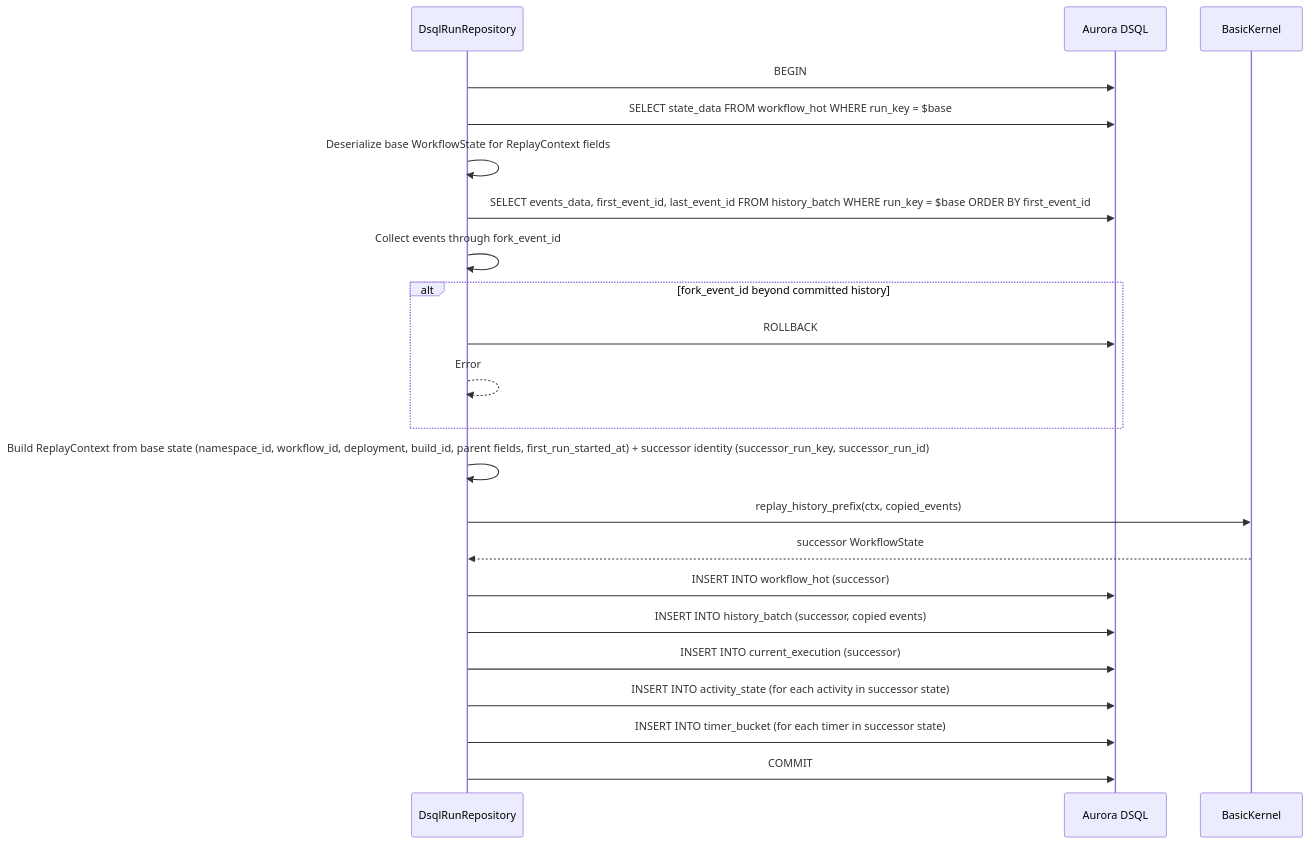
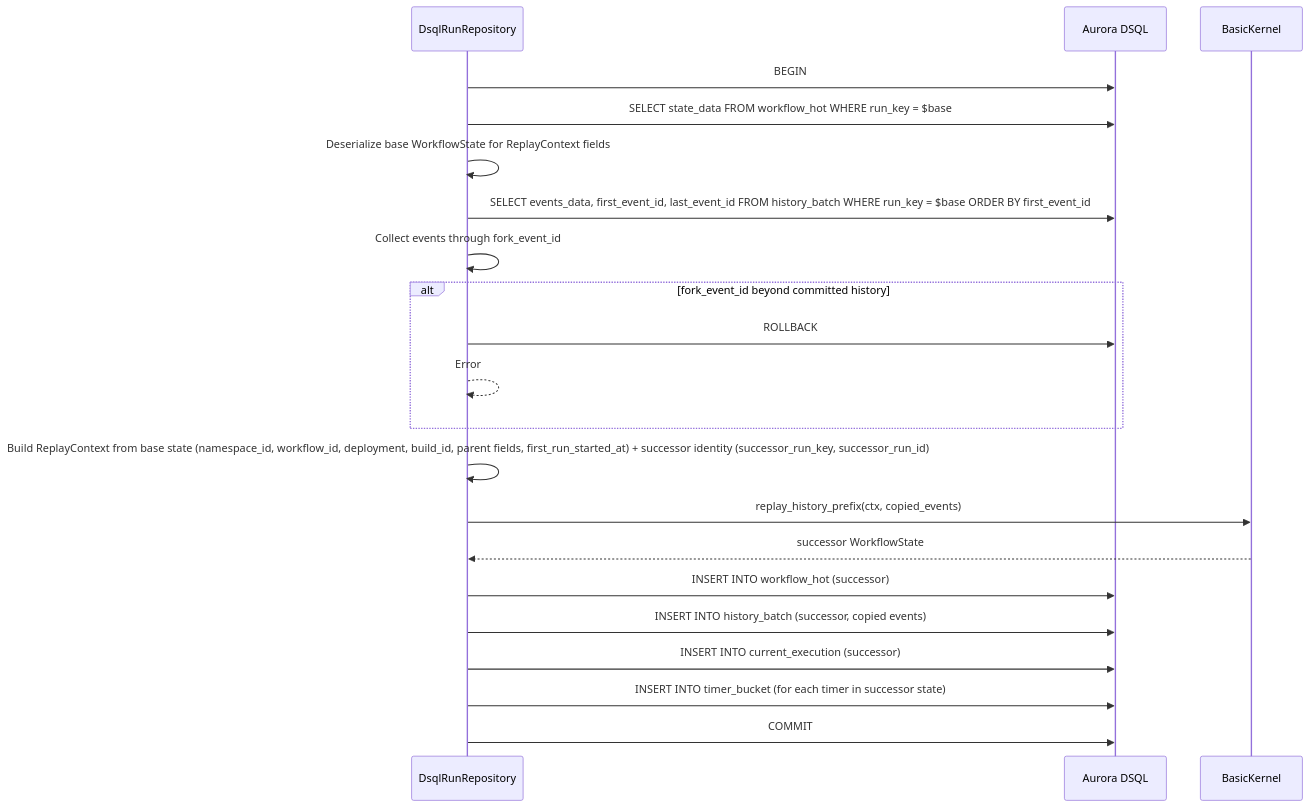
Before and after one commit to tokeira/tokeira: the third of 3 diagrams in .kiro/specs/dsql-core-persistence/design.md, drawn with Mermaid. The commit also changed other lines of this file and 16 other files, not shown here.

````diff
--- a/.kiro/specs/dsql-core-persistence/design.md
+++ b/.kiro/specs/dsql-core-persistence/design.md
@@ -437,28 +426,27 @@
 ```mermaid
 sequenceDiagram
     participant REPO as DsqlRunRepository
     participant DB as Aurora DSQL
     participant KERNEL as BasicKernel
 
     REPO->>DB: BEGIN
     REPO->>DB: SELECT state_data FROM workflow_hot WHERE run_key = $base
     REPO->>REPO: Deserialize base WorkflowState for ReplayContext fields
     REPO->>DB: SELECT events_data, first_event_id, last_event_id FROM history_batch WHERE run_key = $base ORDER BY first_event_id
     REPO->>REPO: Collect events through fork_event_id
     
     alt fork_event_id beyond committed history
         REPO->>DB: ROLLBACK
         REPO-->>REPO: Error
     end
 
     REPO->>REPO: Build ReplayContext from base state (namespace_id, workflow_id, deployment, build_id, parent fields, first_run_started_at) + successor identity (successor_run_key, successor_run_id)
     REPO->>KERNEL: replay_history_prefix(ctx, copied_events)
     KERNEL-->>REPO: successor WorkflowState
 
     REPO->>DB: INSERT INTO workflow_hot (successor)
     REPO->>DB: INSERT INTO history_batch (successor, copied events)
     REPO->>DB: INSERT INTO current_execution (successor)
-    REPO->>DB: INSERT INTO activity_state (for each activity in successor state)
     REPO->>DB: INSERT INTO timer_bucket (for each timer in successor state)
     REPO->>DB: COMMIT
 ```
````
